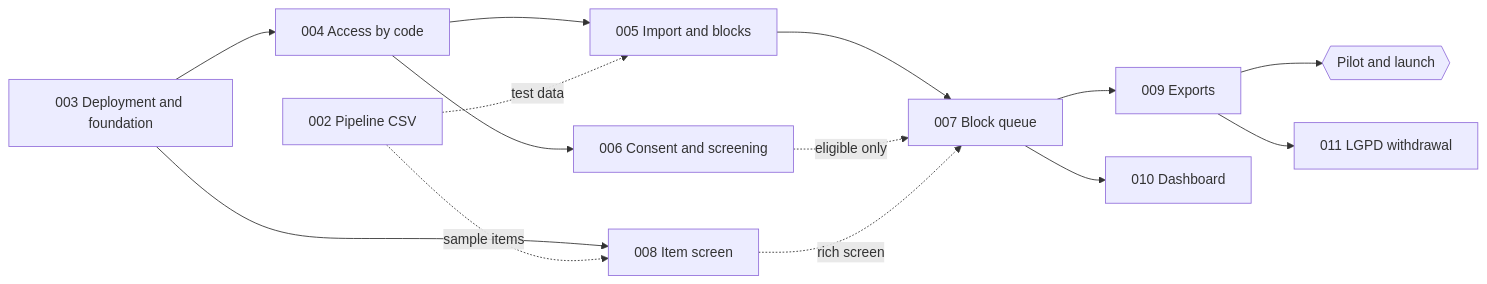
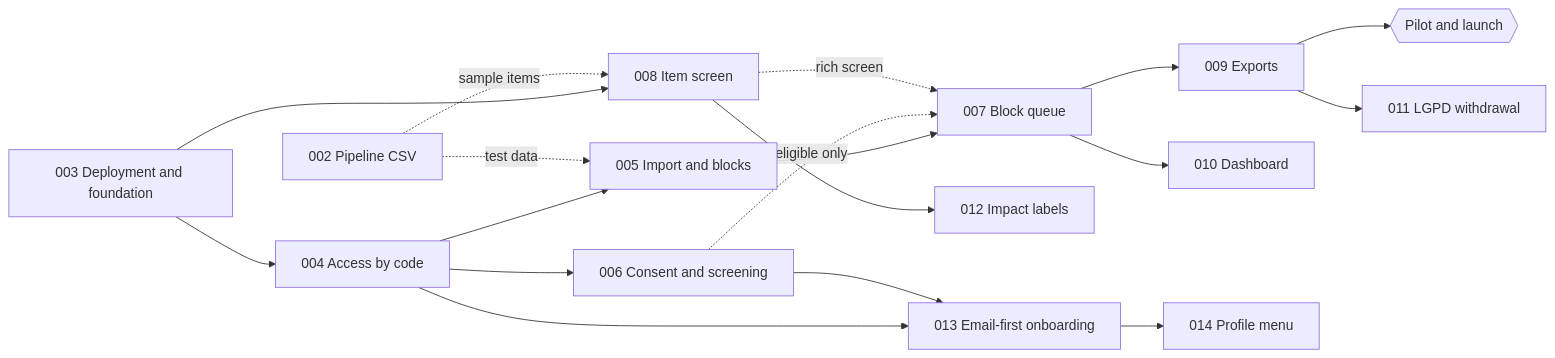
One commit to diegoquirino/openscience changed the diagram in specs/ROADMAP.md. Above: the diagram before and after it, drawn with Mermaid. The commit also changed other lines of this file and 28 other files, not shown here.

Commit message:
feat(012): No/Yes impact labels and required markers on item questions

````diff
--- a/specs/ROADMAP.md
+++ b/specs/ROADMAP.md
@@ -27,28 +30,35 @@
 ```mermaid
 flowchart LR
     S002[002 Pipeline CSV]
     S003[003 Deployment and foundation]
     S004[004 Access by code]
     S005[005 Import and blocks]
     S006[006 Consent and screening]
     S007[007 Block queue]
     S008[008 Item screen]
     S009[009 Exports]
     PIL{{Pilot and launch}}
     S010[010 Dashboard]
     S011[011 LGPD withdrawal]
+    S012[012 Impact labels]
+    S013[013 Email-first onboarding]
+    S014[014 Profile menu]
 
     S003 --> S004
     S004 --> S005
     S004 --> S006
     S003 --> S008
     S002 -. test data .-> S005
     S002 -. sample items .-> S008
     S005 --> S007
     S006 -. eligible only .-> S007
     S008 -. rich screen .-> S007
     S007 --> S009
     S009 --> PIL
     S007 --> S010
     S009 --> S011
+    S008 --> S012
+    S004 --> S013
+    S006 --> S013
+    S013 --> S014
 ```
````
